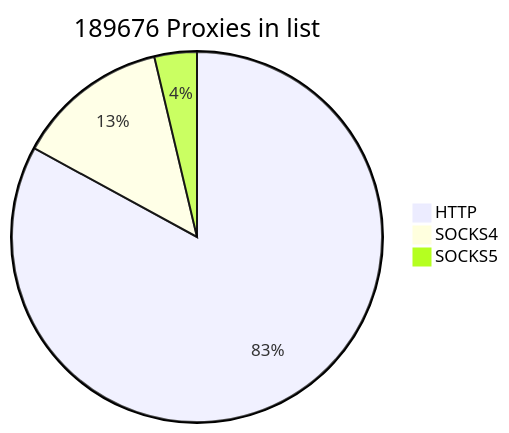
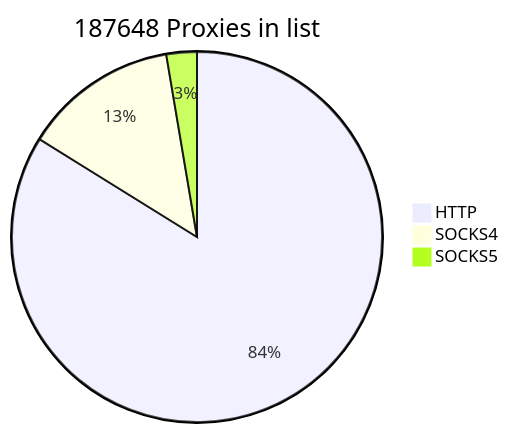
Before and after one commit to cutipu/proxylist: the first of 2 diagrams in README.md, drawn with Mermaid. The commit also changed other lines of this file, not shown here.

````diff
--- a/README.md
+++ b/README.md
@@ -2,7 +2,7 @@
 ```mermaid
-pie title 189676 Proxies in list
+pie title 187648 Proxies in list
     "HTTP" : 157323
-    "SOCKS4" : 25329
-    "SOCKS5" : 7024
+    "SOCKS4" : 25331
+    "SOCKS5" : 4994
             
 ```
````
